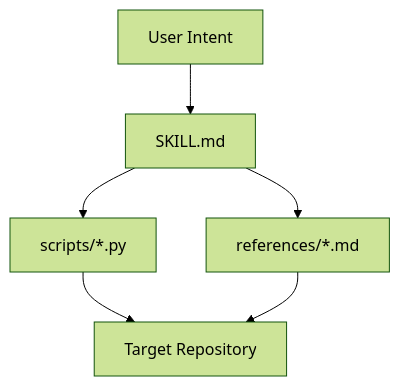
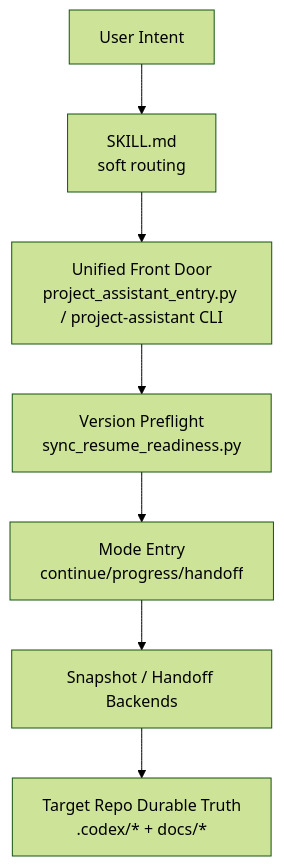
One commit to redcreen/project-assistant changed the first of 2 diagrams in docs/architecture.md. Above: the diagram before and after it, drawn with Mermaid (forest theme). The commit also changed other lines of this file and 40 other files, not shown here.

````diff
--- a/docs/architecture.md
+++ b/docs/architecture.md
@@ -13,8 +17,9 @@
 ```mermaid
 flowchart TB
-    U["User Intent"] --> S["SKILL.md"]
-    S --> R["references/*.md"]
-    S --> X["scripts/*.py"]
-    X --> P["Target Repository"]
-    R --> P
+    U["User Intent"] --> S["SKILL.md\nsoft routing"]
+    S --> F["Unified Front Door\nproject_assistant_entry.py / project-assistant CLI"]
+    F --> P["Version Preflight\nsync_resume_readiness.py"]
+    P --> E["Mode Entry\ncontinue/progress/handoff"]
+    E --> R["Snapshot / Handoff Backends"]
+    R --> T["Target Repo Durable Truth\n.codex/* + docs/*"]
 ```
````
